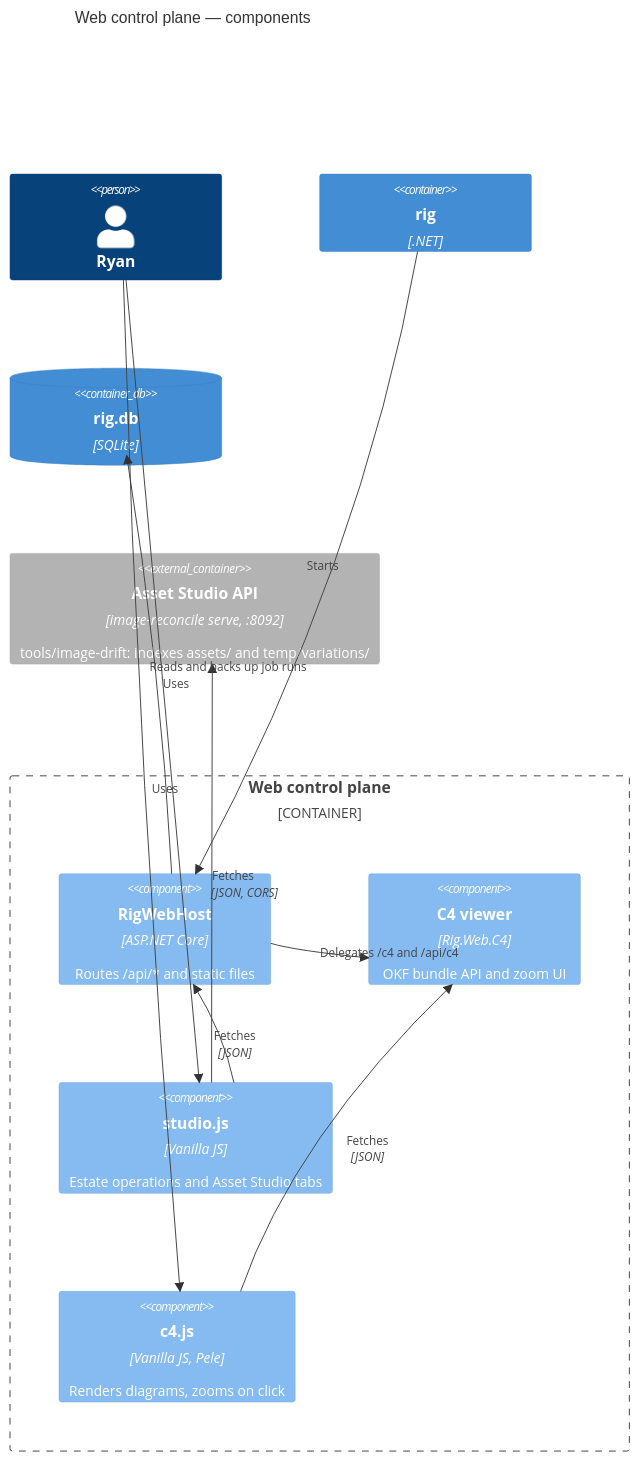
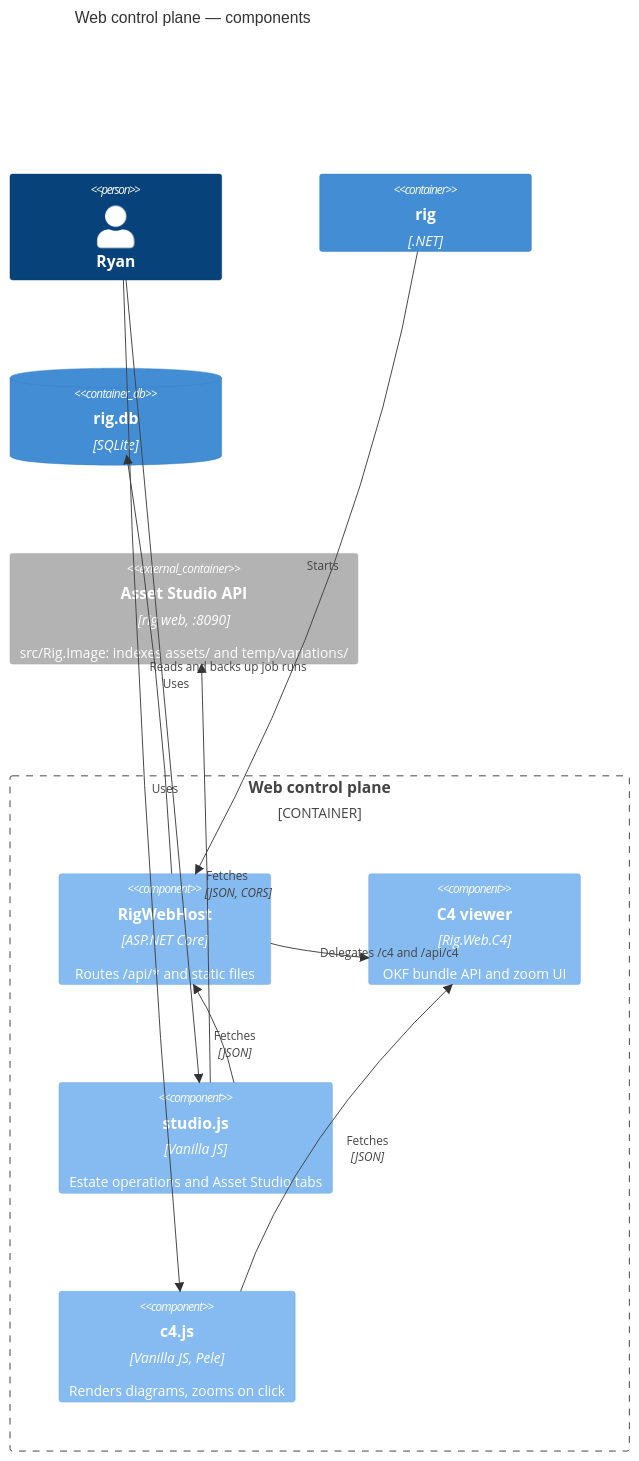
Before and after one commit to rtkelly13/rig: the diagram in experiments/c4-okf/rig/rig/web/components.md, drawn with Mermaid. The commit also changed 59 other files, not shown here.

Commit message:
docs(image): drop the image-drift references now the pipeline is C# (#327)

````diff
--- a/experiments/c4-okf/rig/rig/web/components.md
+++ b/experiments/c4-okf/rig/rig/web/components.md
@@ -10,24 +10,24 @@
 ```mermaid
 C4Component
 title Web control plane — components
 Person(ryan, "Ryan")
 Container(dm, "rig", ".NET")
 ContainerDb(db, "rig.db", "SQLite", $link="../rig-db.md")
-Container_Ext(studioapi, "Asset Studio API", "image-reconcile serve, :8092", "tools/image-drift: indexes assets/ and temp/variations/")
+Container_Ext(studioapi, "Asset Studio API", "rig web, :8090", "src/Rig.Image: indexes assets/ and temp/variations/")
 
 Container_Boundary(web, "Web control plane") {
   Component(server, "RigWebHost", "ASP.NET Core", "Routes /api/* and static files", $link="request-handler.md")
   Component(c4, "C4 viewer", "Rig.Web.C4", "OKF bundle API and zoom UI")
   Component(studio, "studio.js", "Vanilla JS", "Estate operations and Asset Studio tabs")
   Component(c4ui, "c4.js", "Vanilla JS, Pele", "Renders diagrams, zooms on click")
 }
 
 Rel(ryan, studio, "Uses")
 Rel(ryan, c4ui, "Uses")
 Rel(studio, server, "Fetches", "JSON")
 Rel(c4ui, c4, "Fetches", "JSON")
 Rel(studio, studioapi, "Fetches", "JSON, CORS")
 Rel(server, c4, "Delegates /c4 and /api/c4")
 Rel(server, db, "Reads and backs up job runs")
 Rel(dm, server, "Starts")
 ```
````
